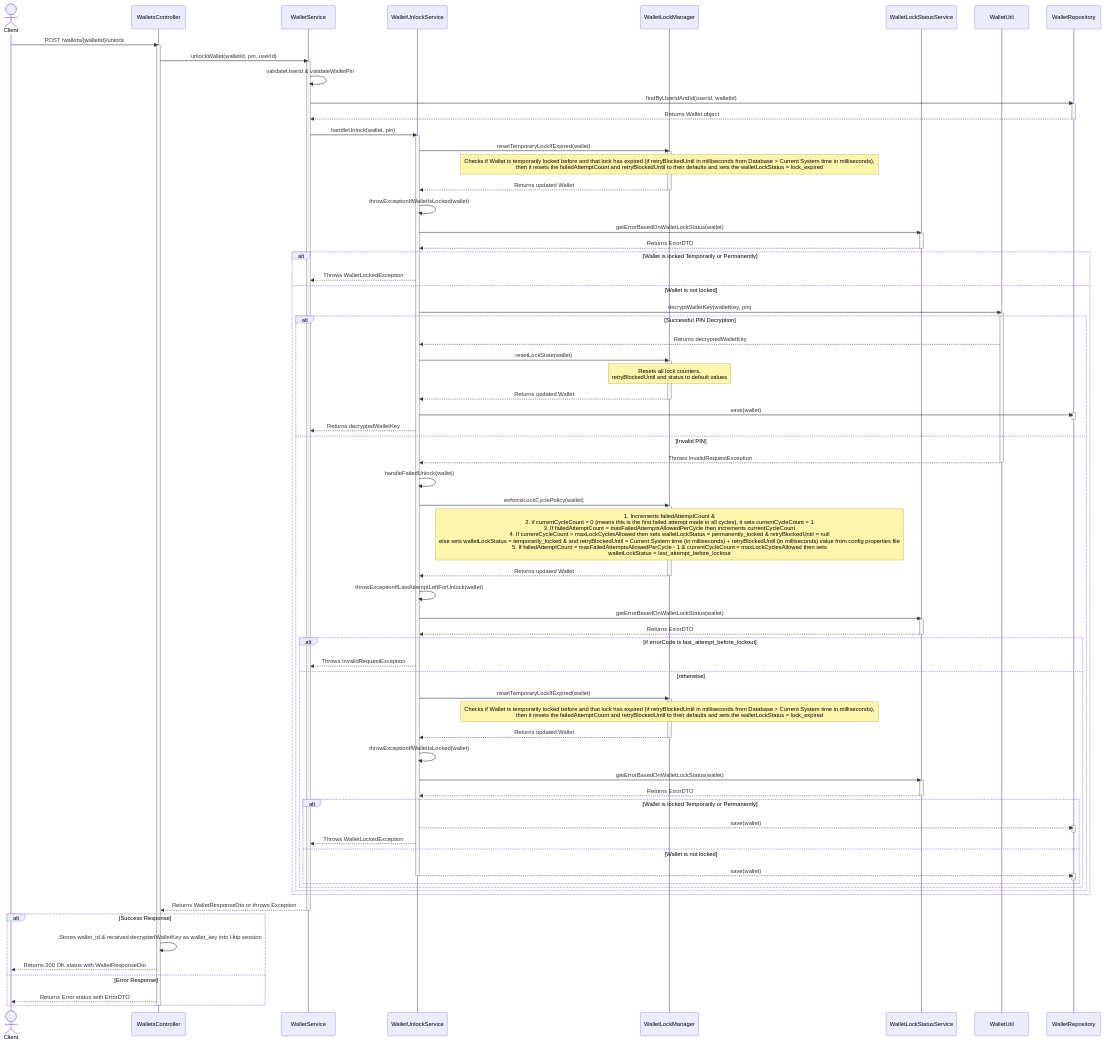
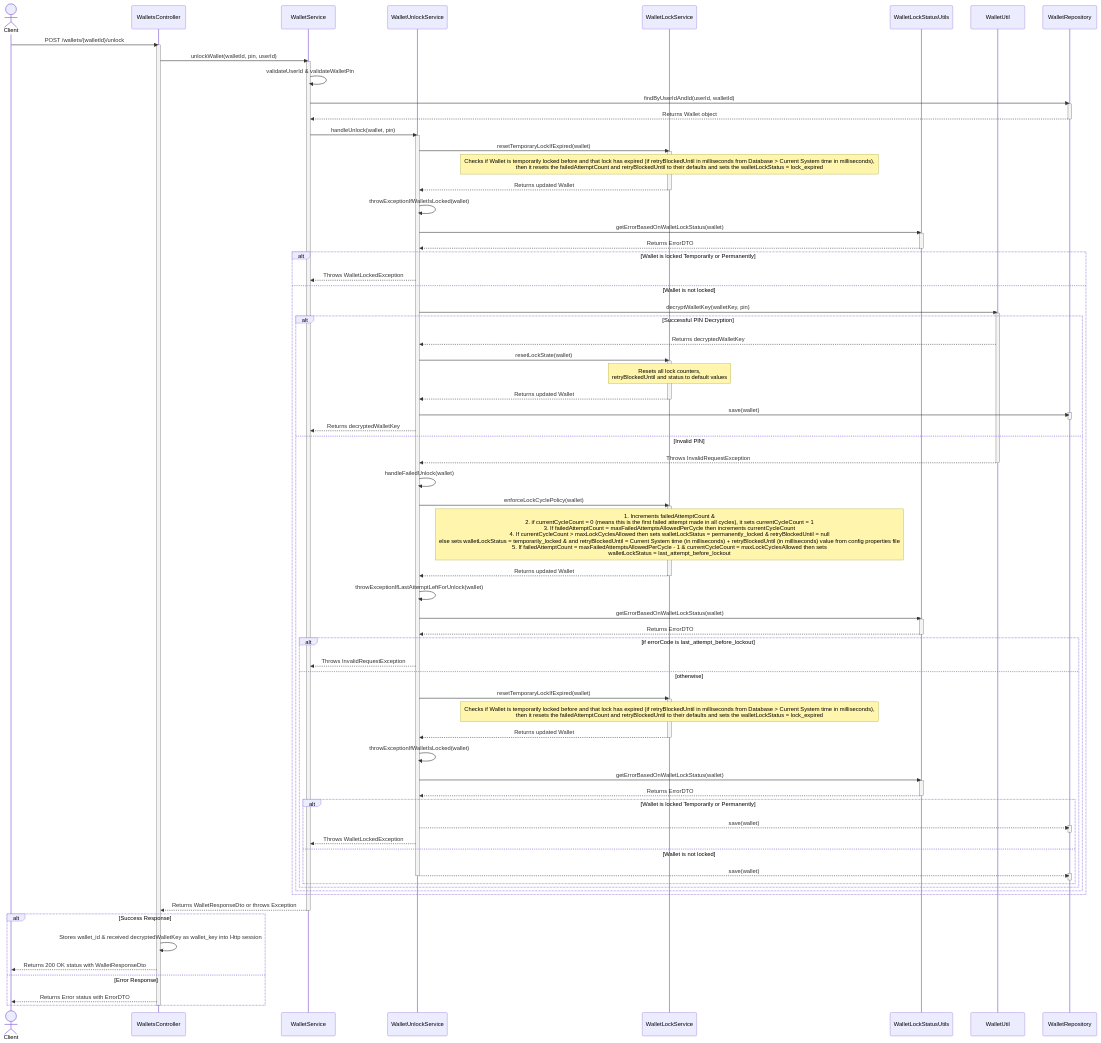
The diagram in docs/WalletUnlockProcess.md (injibr/mimoto), drawn with Mermaid before and after one commit. The commit also changed 21 other files, not shown here.

```diff
--- a/docs/WalletUnlockProcess.md
+++ b/docs/WalletUnlockProcess.md
@@ -23,8 +23,8 @@
 participant WalletsController
 participant WalletService
 participant WalletUnlockService
-participant WalletLockManager
-participant WalletLockStatusService
+participant WalletLockService
+participant WalletLockStatusUtils
 participant WalletUtil
 participant WalletRepository
 
@@ -43,18 +43,18 @@
     WalletService->>WalletUnlockService: handleUnlock(wallet, pin)
     activate WalletUnlockService
     
-    WalletUnlockService->>WalletLockManager: resetTemporaryLockIfExpired(wallet)
-    activate WalletLockManager
-    Note over WalletLockManager: Checks if Wallet is temporarily locked before and that lock has expired (if retryBlockedUntil in milliseconds from Database > Current System time in milliseconds),<br/> then it resets the failedAttemptCount and retryBlockedUntil to their defaults and sets the walletLockStatus = lock_expired
-    WalletLockManager-->>WalletUnlockService: Returns updated Wallet
-    deactivate WalletLockManager
+    WalletUnlockService->>WalletLockService: resetTemporaryLockIfExpired(wallet)
+    activate WalletLockService
+    Note over WalletLockService: Checks if Wallet is temporarily locked before and that lock has expired (if retryBlockedUntil in milliseconds from Database > Current System time in milliseconds),<br/> then it resets the failedAttemptCount and retryBlockedUntil to their defaults and sets the walletLockStatus = lock_expired
+    WalletLockService-->>WalletUnlockService: Returns updated Wallet
+    deactivate WalletLockService
     
     WalletUnlockService->>WalletUnlockService: throwExceptionIfWalletIsLocked(wallet)
     
-    WalletUnlockService->>WalletLockStatusService: getErrorBasedOnWalletLockStatus(wallet)
-    activate WalletLockStatusService
-    WalletLockStatusService-->>WalletUnlockService: Returns ErrorDTO
-    deactivate WalletLockStatusService
+    WalletUnlockService->>WalletLockStatusUtils: getErrorBasedOnWalletLockStatus(wallet)
+    activate WalletLockStatusUtils
+    WalletLockStatusUtils-->>WalletUnlockService: Returns ErrorDTO
+    deactivate WalletLockStatusUtils
     
     alt Wallet is locked Temporarily or Permanently
         WalletUnlockService-->>WalletService: Throws WalletLockedException
@@ -64,11 +64,11 @@
         alt Successful PIN Decryption
             WalletUtil-->>WalletUnlockService: Returns decryptedWalletKey
 
-            WalletUnlockService->>WalletLockManager: resetLockState(wallet)
-            activate WalletLockManager
-            Note over WalletLockManager: Resets all lock counters,<br/>retryBlockedUntil and status to default values
-            WalletLockManager-->>WalletUnlockService: Returns updated Wallet
-            deactivate WalletLockManager
+            WalletUnlockService->>WalletLockService: resetLockState(wallet)
+            activate WalletLockService
+            Note over WalletLockService: Resets all lock counters,<br/>retryBlockedUntil and status to default values
+            WalletLockService-->>WalletUnlockService: Returns updated Wallet
+            deactivate WalletLockService
             
             WalletUnlockService->>WalletRepository: save(wallet)
             activate WalletRepository
@@ -79,33 +79,33 @@
             deactivate WalletUtil
             WalletUnlockService->>WalletUnlockService: handleFailedUnlock(wallet)
             
-            WalletUnlockService->>WalletLockManager: enforceLockCyclePolicy(wallet)
-            activate WalletLockManager
-            Note over WalletLockManager:1. Increments failedAttemptCount & <br/>2. if currentCycleCount = 0 (means this is the first failed attempt made in all cycles), it sets currentCycleCount = 1<br/>3. If failedAttemptCount = maxFailedAttemptsAllowedPerCycle then increments currentCycleCount<br/>4. If currentCycleCount > maxLockCyclesAllowed then sets walletLockStatus = permanently_locked & retryBlockedUntil = null <br/> else sets walletLockStatus = temporarily_locked & and retryBlockedUntil = Current System time (in milliseconds) + retryBlockedUntil (in milliseconds) value from config properties file<br/>5. If failedAttemptCount = maxFailedAttemptsAllowedPerCycle - 1 & currentCycleCount = maxLockCyclesAllowed then sets <br/> walletLockStatus = last_attempt_before_lockout
-            WalletLockManager-->>WalletUnlockService: Returns updated Wallet
-            deactivate WalletLockManager
+            WalletUnlockService->>WalletLockService: enforceLockCyclePolicy(wallet)
+            activate WalletLockService
+            Note over WalletLockService:1. Increments failedAttemptCount & <br/>2. if currentCycleCount = 0 (means this is the first failed attempt made in all cycles), it sets currentCycleCount = 1<br/>3. If failedAttemptCount = maxFailedAttemptsAllowedPerCycle then increments currentCycleCount<br/>4. If currentCycleCount > maxLockCyclesAllowed then sets walletLockStatus = permanently_locked & retryBlockedUntil = null <br/> else sets walletLockStatus = temporarily_locked & and retryBlockedUntil = Current System time (in milliseconds) + retryBlockedUntil (in milliseconds) value from config properties file<br/>5. If failedAttemptCount = maxFailedAttemptsAllowedPerCycle - 1 & currentCycleCount = maxLockCyclesAllowed then sets <br/> walletLockStatus = last_attempt_before_lockout
+            WalletLockService-->>WalletUnlockService: Returns updated Wallet
+            deactivate WalletLockService
             
             WalletUnlockService->>WalletUnlockService: throwExceptionIfLastAttemptLeftForUnlock(wallet)
             
-            WalletUnlockService->>WalletLockStatusService: getErrorBasedOnWalletLockStatus(wallet)
-            activate WalletLockStatusService
-            WalletLockStatusService-->>WalletUnlockService: Returns ErrorDTO
-            deactivate WalletLockStatusService
+            WalletUnlockService->>WalletLockStatusUtils: getErrorBasedOnWalletLockStatus(wallet)
+            activate WalletLockStatusUtils
+            WalletLockStatusUtils-->>WalletUnlockService: Returns ErrorDTO
+            deactivate WalletLockStatusUtils
             
             alt if errorCode is last_attempt_before_lockout
                 WalletUnlockService-->>WalletService: Throws InvalidRequestException
             else otherwise
-                WalletUnlockService->>WalletLockManager: resetTemporaryLockIfExpired(wallet)
-                activate WalletLockManager
-                Note over WalletLockManager: Checks if Wallet is temporarily locked before and that lock has expired (if retryBlockedUntil in milliseconds from Database  > Current System time in milliseconds),<br/> then it resets the failedAttemptCount and retryBlockedUntil to their defaults and sets the walletLockStatus = lock_expired
-                WalletLockManager-->>WalletUnlockService: Returns updated Wallet
-                deactivate WalletLockManager
+                WalletUnlockService->>WalletLockService: resetTemporaryLockIfExpired(wallet)
+                activate WalletLockService
+                Note over WalletLockService: Checks if Wallet is temporarily locked before and that lock has expired (if retryBlockedUntil in milliseconds from Database  > Current System time in milliseconds),<br/> then it resets the failedAttemptCount and retryBlockedUntil to their defaults and sets the walletLockStatus = lock_expired
+                WalletLockService-->>WalletUnlockService: Returns updated Wallet
+                deactivate WalletLockService
                 
                 WalletUnlockService->>WalletUnlockService: throwExceptionIfWalletIsLocked(wallet)
-                WalletUnlockService->>WalletLockStatusService: getErrorBasedOnWalletLockStatus(wallet)
-                activate WalletLockStatusService
-                WalletLockStatusService-->>WalletUnlockService: Returns ErrorDTO
-                deactivate WalletLockStatusService
+                WalletUnlockService->>WalletLockStatusUtils: getErrorBasedOnWalletLockStatus(wallet)
+                activate WalletLockStatusUtils
+                WalletLockStatusUtils-->>WalletUnlockService: Returns ErrorDTO
+                deactivate WalletLockStatusUtils
                 alt Wallet is locked Temporarily or Permanently
                     WalletUnlockService-->>WalletRepository: save(wallet)
                     activate WalletRepository
```
